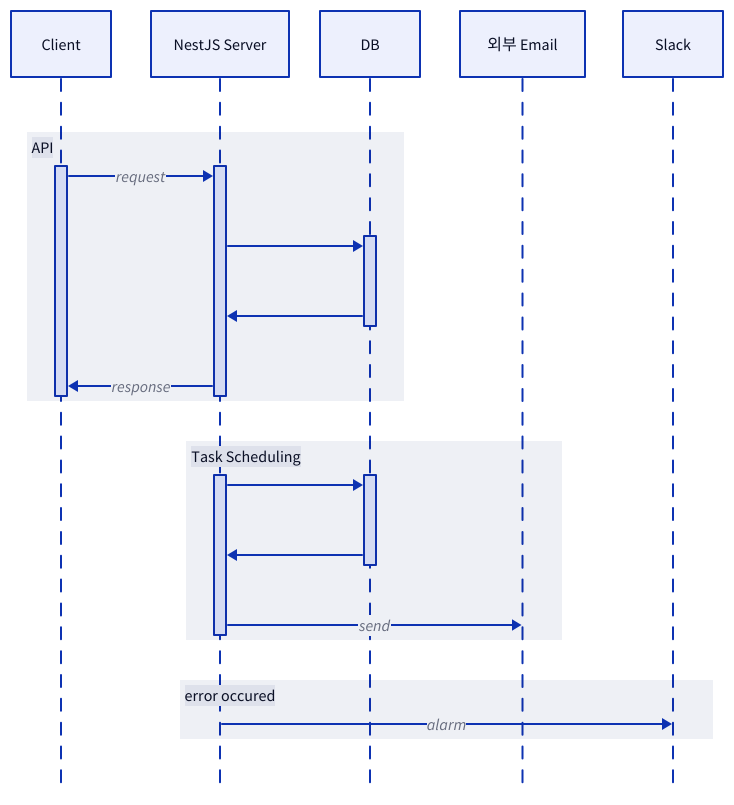
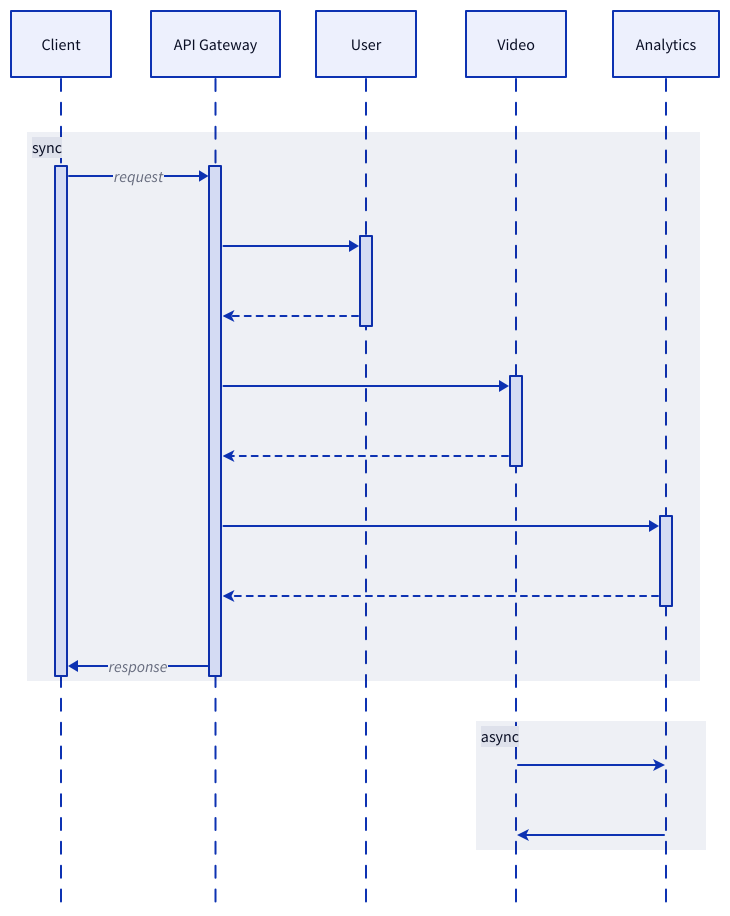
Before and after one commit to fresh502/nestjs-microservice: the diagram in diagram/d2/sequence.d2, drawn with D2. The commit also changed 9 other files, not shown here.

Commit message:
다이어그램 추가

```diff
--- a/diagram/d2/sequence.d2
+++ b/diagram/d2/sequence.d2
@@ -1,23 +1,48 @@
 shape: sequence_diagram
 
 client: Client
-server: NestJS Server
-db: DB
-email: 외부 Email
-slack: Slack
 
-API: {
-  client.message -> server.message: request
-  server.message -> db.message -> server.message
-  server.message -> client.message: response
+api_gateway: API Gateway
+user: User
+video: Video
+analytics: Analytics
+
+sync: {
+  client.message -> api_gateway.message: request
+  api_gateway.message -> user.message
+  user.message -> api_gateway.message: {
+    target-arrowhead: {
+      shape: arrow
+    }
+    style: {
+      stroke-dash: 3
+    }
+  }
+  api_gateway.message -> video.message
+  video.message -> api_gateway.message: {
+    target-arrowhead: {
+      shape: arrow
+    }
+    style: {
+      stroke-dash: 3
+    }
+  }
+  api_gateway.message -> analytics.message
+  analytics.message -> api_gateway.message: {
+    target-arrowhead: {
+      shape: arrow
+    }
+    style: {
+      stroke-dash: 3
+    }
+  }
+  api_gateway.message -> client.message: response
 }
 
-Task Scheduling: {
-  server.task -> db.task -> server.task
-  server.task -> email: send
-  server
+async: {
+  video -> analytics -> video: {
+    target-arrowhead: {
+      shape: arrow
+    }
+  }
 }
-
-error occured: {
-  server -> slack: alarm
-}
```
